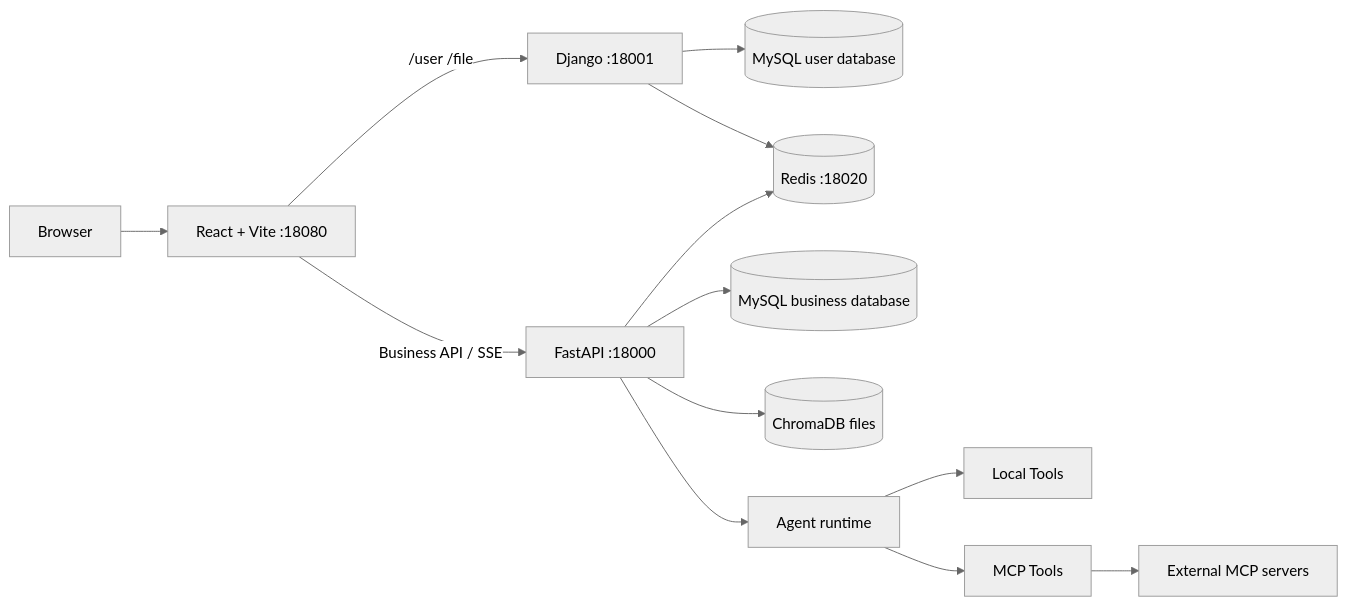
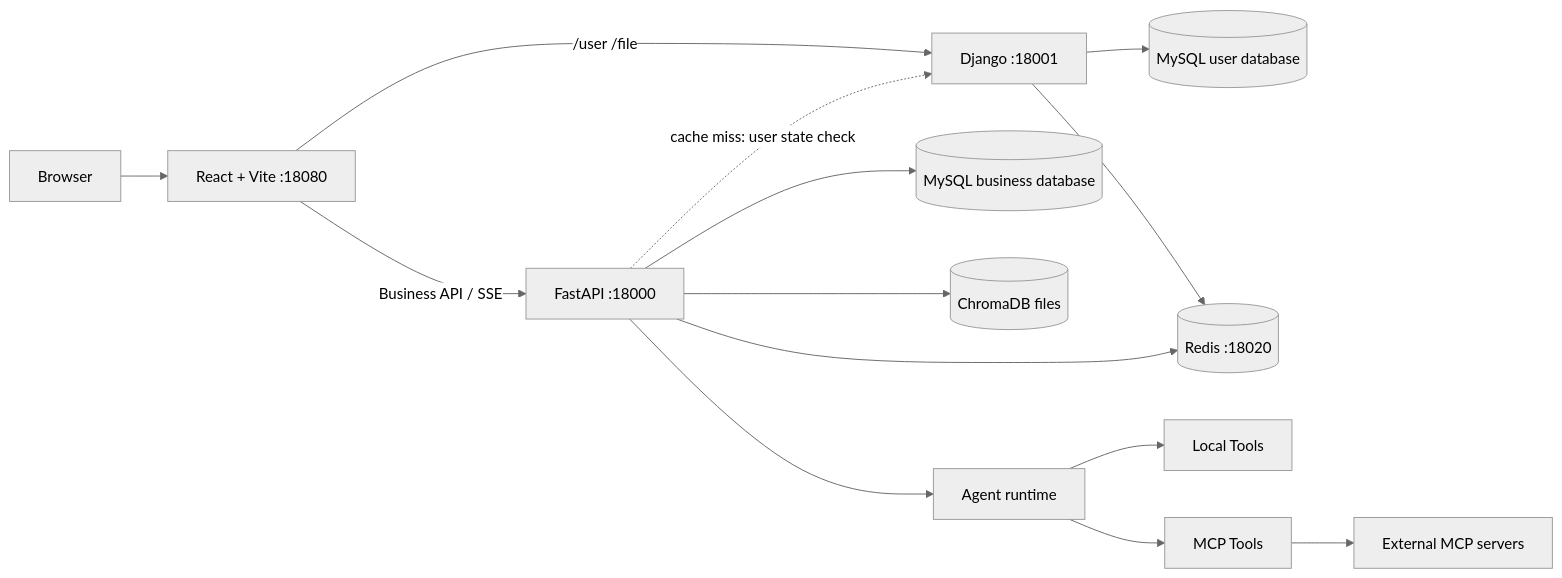
The diagram in README.md (STliuEN/Doki-Assistant), drawn with Mermaid (neutral theme) before and after one commit. The commit also changed other lines of this file and 21 other files, not shown here.

````diff
--- a/README.md
+++ b/README.md
@@ -25,17 +25,18 @@
 ```mermaid
 flowchart LR
   Browser[Browser] --> Front[React + Vite :18080]
   Front -->|/user /file| Django[Django :18001]
   Front -->|Business API / SSE| FastAPI[FastAPI :18000]
 
   Django --> UserDB[(MySQL user database)]
   Django --> Redis[(Redis :18020)]
 
   FastAPI --> AppDB[(MySQL business database)]
   FastAPI --> Redis
+  FastAPI -. cache miss: user state check .-> Django
   FastAPI --> Chroma[(ChromaDB files)]
   FastAPI --> Agent[Agent runtime]
   Agent --> LocalTools[Local Tools]
   Agent --> MCPTools[MCP Tools]
   MCPTools --> MCPServer[External MCP servers]
 ```
````
